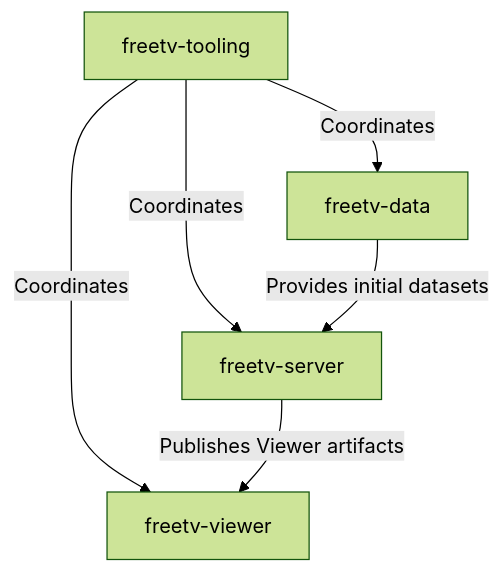
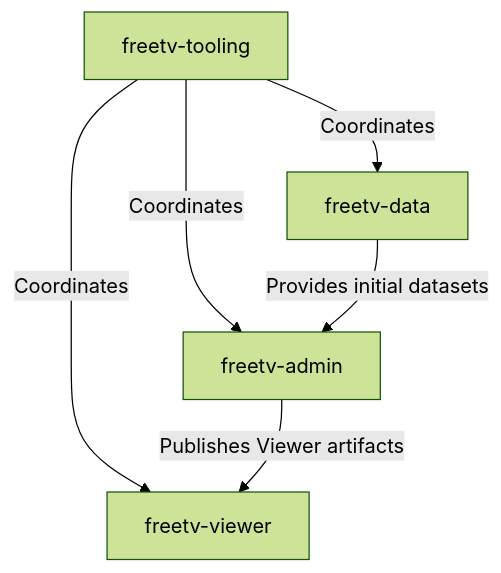
One commit to freetv-today/.github changed the diagram in profile/README.md. Above: the diagram before and after it, drawn with Mermaid (forest theme). The commit also changed other lines of this file, not shown here.

````diff
--- a/profile/README.md
+++ b/profile/README.md
@@ -32,8 +32,8 @@
 ```mermaid
 flowchart TD
-    TOOLING["freetv-tooling"] -->|"Coordinates"| ADMIN["freetv-server"]
+    TOOLING["freetv-tooling"] -->|"Coordinates"| ADMIN["freetv-admin"]
     TOOLING -->|"Coordinates"| DATA["freetv-data"]
     TOOLING -->|"Coordinates"| VIEWER["freetv-viewer"]
     DATA -->|"Provides initial datasets"| ADMIN
     ADMIN -->|"Publishes Viewer artifacts"| VIEWER
 ```
````
